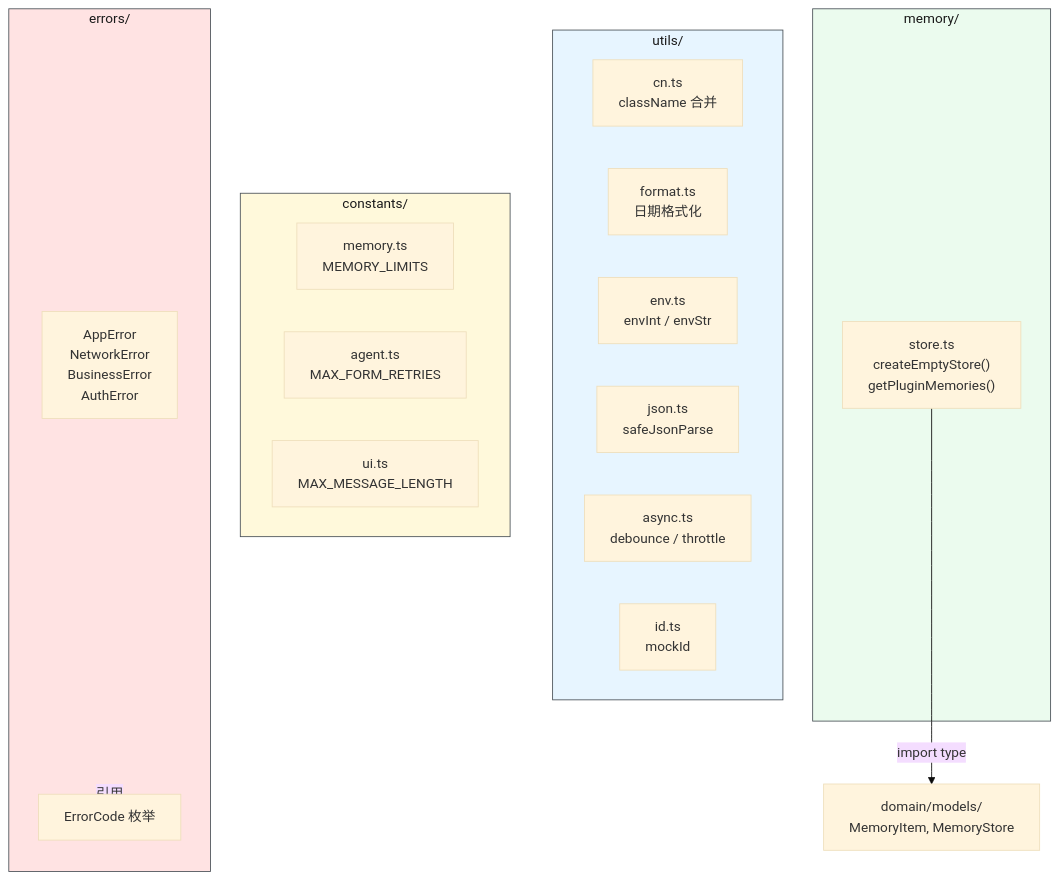
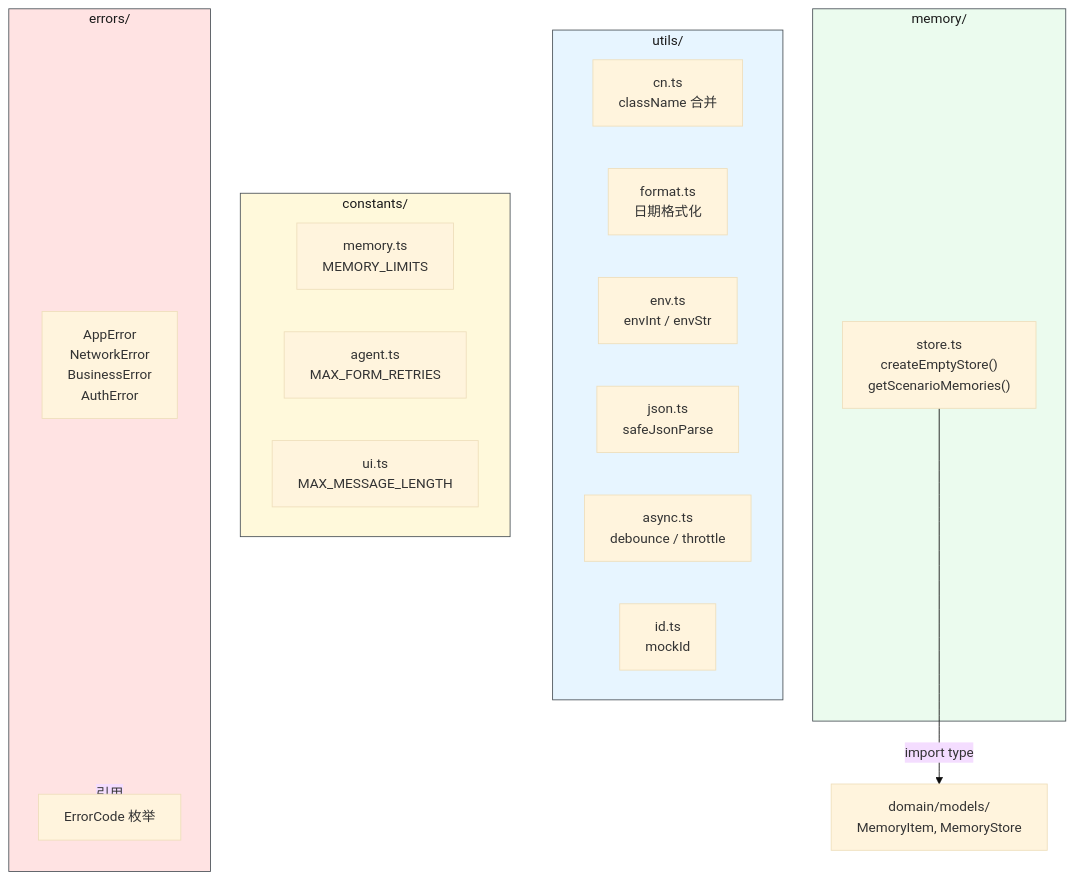
The first of 3 diagrams in src/infrastructure/CLAUDE.md (yjzaaa/leave-approval-agent), drawn with Mermaid (base theme) before and after one commit. The commit also changed other lines of this file and 80 other files, not shown here.

First line of the commit message:
refactor: Plugin → Scenario 全局重命名，消除业务术语歧义

````diff
--- a/src/infrastructure/CLAUDE.md
+++ b/src/infrastructure/CLAUDE.md
@@ -23,36 +23,36 @@
 ```mermaid
 graph TD
     subgraph Errors["errors/"]
         AppError["AppError<br/>NetworkError<br/>BusinessError<br/>AuthError"]
         ErrorCode["ErrorCode 枚举"]
     end
 
     subgraph Utils["utils/"]
         Cn["cn.ts<br/>className 合并"]
         Format["format.ts<br/>日期格式化"]
         Env["env.ts<br/>envInt / envStr"]
         Json["json.ts<br/>safeJsonParse"]
         Async["async.ts<br/>debounce / throttle"]
         Id["id.ts<br/>mockId"]
     end
 
     subgraph Constants["constants/"]
         MemConst["memory.ts<br/>MEMORY_LIMITS"]
         AgentConst["agent.ts<br/>MAX_FORM_RETRIES"]
         UiConst["ui.ts<br/>MAX_MESSAGE_LENGTH"]
     end
 
     subgraph MemRuntime["memory/"]
-        Store["store.ts<br/>createEmptyStore()<br/>getPluginMemories()"]
+        Store["store.ts<br/>createEmptyStore()<br/>getScenarioMemories()"]
     end
 
     Domain["domain/models/<br/>MemoryItem, MemoryStore"]
 
     Errors -->|"引用"| ErrorCode
     Store -->|"import type"| Domain
 
     style Errors fill:#ffe3e3,stroke:#495057,color:#1a1a1a
     style Utils fill:#e7f5ff,stroke:#495057,color:#1a1a1a
     style Constants fill:#fff9db,stroke:#495057,color:#1a1a1a
     style MemRuntime fill:#ebfbee,stroke:#495057,color:#1a1a1a
 ```
````
